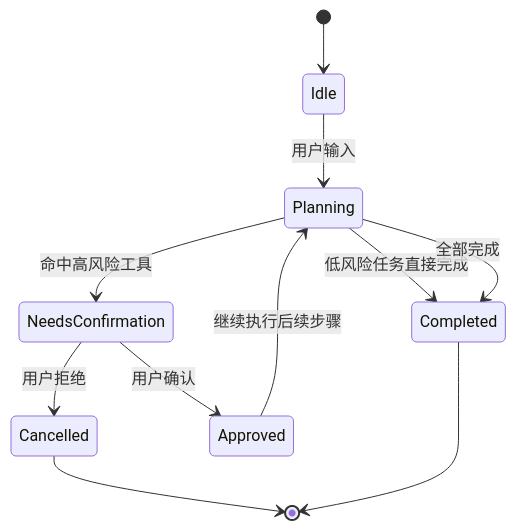
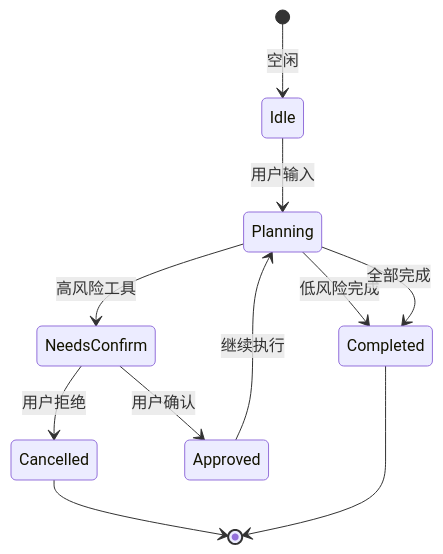
Diagram 12 of 38 in doc/agent_architecture_learning_guide_2026-04-10.md (KLYkl/yolostudio-agent), drawn with Mermaid before and after one commit. The commit also changed other lines of this file and 70 other files, not shown here.

````diff
--- a/doc/agent_architecture_learning_guide_2026-04-10.md
+++ b/doc/agent_architecture_learning_guide_2026-04-10.md
@@ -1045,13 +726,13 @@
 ```mermaid
 stateDiagram-v2
-    [*] --> Idle
+    [*] --> Idle: 空闲
     Idle --> Planning: 用户输入
-    Planning --> NeedsConfirmation: 命中高风险工具
-    Planning --> Completed: 低风险任务直接完成
-    NeedsConfirmation --> Cancelled: 用户拒绝
-    NeedsConfirmation --> Approved: 用户确认
-    Approved --> Planning: 继续执行后续步骤
+    Planning --> NeedsConfirm: 高风险工具
+    Planning --> Completed: 低风险完成
+    NeedsConfirm --> Cancelled: 用户拒绝
+    NeedsConfirm --> Approved: 用户确认
+    Approved --> Planning: 继续执行
     Planning --> Completed: 全部完成
     Cancelled --> [*]
     Completed --> [*]
 ```
````
